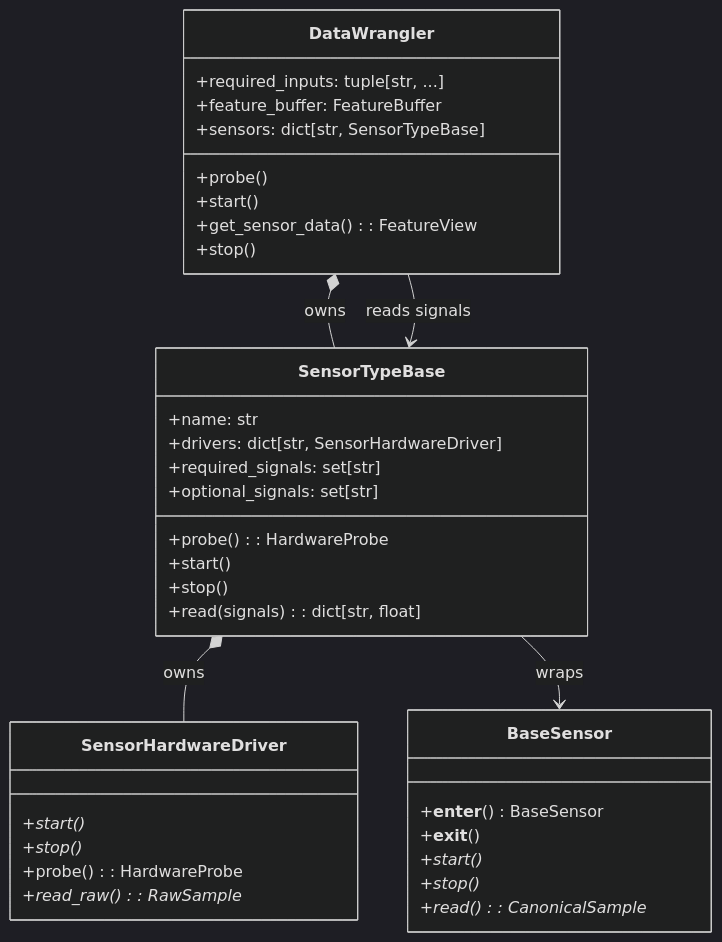
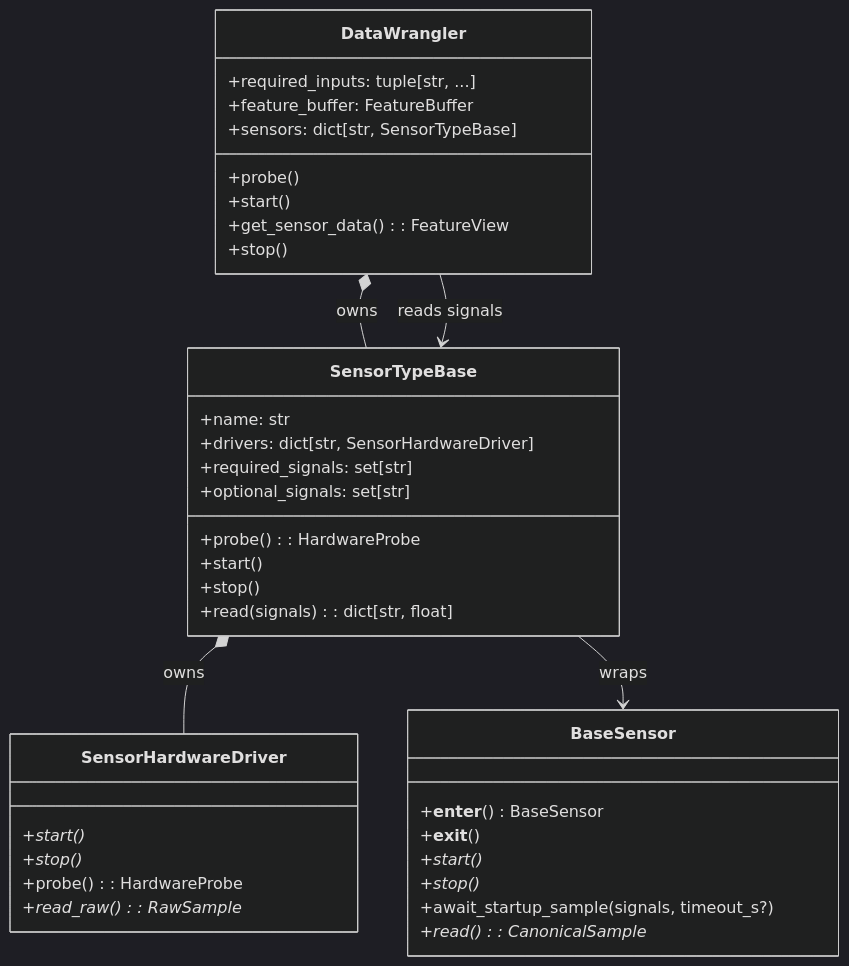
Before and after one commit to jmontp/raspberry-pi-controller-runtime: the sixth of 7 diagrams in docs/architecture.md, drawn with Mermaid (dark theme). The commit also changed other lines of this file, not shown here.

Commit message:
Document sensor fallback defaults and startup watchdogs

````diff
--- a/docs/architecture.md
+++ b/docs/architecture.md
@@ -345,40 +350,41 @@
 ```mermaid
 classDiagram
     class BaseSensor {
       +__enter__() BaseSensor
       +__exit__()
       +start()*
       +stop()*
+      +await_startup_sample(signals, timeout_s?)
       +read(): CanonicalSample*
     }
     class SensorHardwareDriver {
       +start()*
       +stop()*
       +probe(): HardwareProbe
       +read_raw(): RawSample*
     }
     class SensorTypeBase {
       +name: str
       +drivers: dict[str, SensorHardwareDriver]
       +required_signals: set[str]
       +optional_signals: set[str]
       +probe(): HardwareProbe
       +start()
       +stop()
       +read(signals): dict[str, float]
     }
     class DataWrangler {
       +required_inputs: tuple[str, ...]
       +feature_buffer: FeatureBuffer
       +sensors: dict[str, SensorTypeBase]
       +probe()
       +start()
       +get_sensor_data(): FeatureView
       +stop()
     }
 
     SensorTypeBase *-- SensorHardwareDriver : owns
     SensorTypeBase --> BaseSensor : wraps
     DataWrangler *-- SensorTypeBase : owns
     DataWrangler --> SensorTypeBase : reads signals
 ```
````
